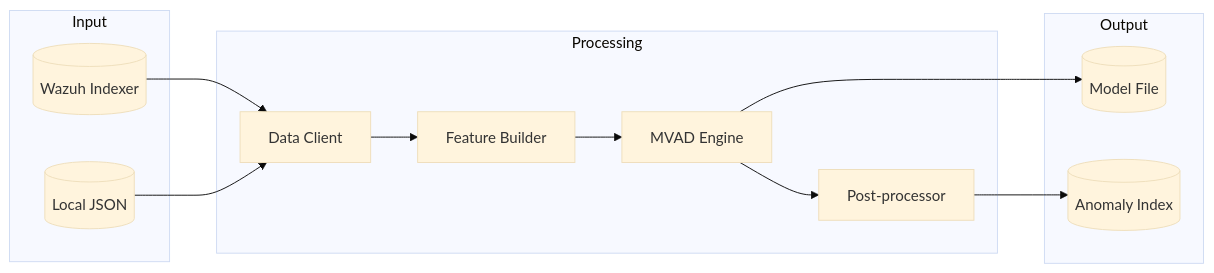
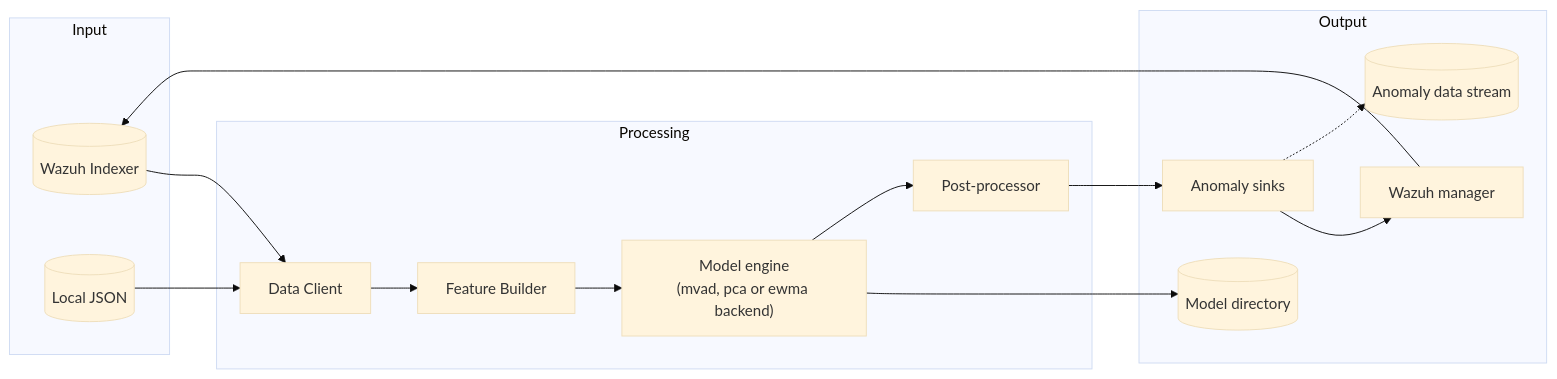
The first of 5 diagrams in docs/manual/sonar_docs/architecture.md (AbstractionsLab/idps-escape), drawn with Mermaid (base theme) before and after one commit. The commit also changed other lines of this file and 682 other files, not shown here.

````diff
--- a/docs/manual/sonar_docs/architecture.md
+++ b/docs/manual/sonar_docs/architecture.md
@@ -94,27 +98,32 @@
 ```mermaid
 flowchart LR
     subgraph Input
         Wazuh[(Wazuh Indexer)]
         JSON[(Local JSON)]
     end
 
     subgraph Processing
         Client[Data Client]
         Features[Feature Builder]
-        Engine[MVAD Engine]
+        Engine["Model engine<br/>(mvad, pca or ewma backend)"]
         Post[Post-processor]
     end
 
     subgraph Output
-        Model[(Model File)]
-        Anomalies[(Anomaly Index)]
+        Model[("Model directory")]
+        Sinks[Anomaly sinks]
+        Manager[Wazuh manager]
+        Stream[(Anomaly data stream)]
     end
 
     Wazuh --> Client
     JSON --> Client
     Client --> Features
     Features --> Engine
     Engine --> Model
     Engine --> Post
-    Post --> Anomalies
+    Post --> Sinks
+    Sinks --> Manager
+    Sinks -.-> Stream
+    Manager --> Wazuh
 ```
````
